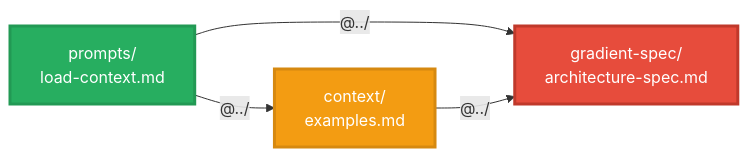
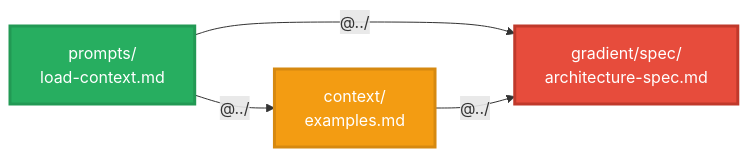
One commit to daviguides/gradient changed the ninth of 13 diagrams in docs/_pages/architecture-guide.md. Above: the diagram before and after it, drawn with Mermaid. The commit also changed other lines of this file and 15 other files, not shown here.

````diff
--- a/docs/_pages/architecture-guide.md
+++ b/docs/_pages/architecture-guide.md
@@ -734,11 +734,11 @@
 ```mermaid
 flowchart LR
-    A[prompts/<br/>load-context.md] -->|"@../"| B[gradient-spec/<br/>architecture-spec.md]
+    A[prompts/<br/>load-context.md] -->|"@../"| B[gradient/spec/<br/>architecture-spec.md]
     A -->|"@../"| C[context/<br/>examples.md]
 
     C -->|"@../"| B
 
     style A fill:#27ae60,stroke:#229954,stroke-width:3px,color:#fff
     style B fill:#e74c3c,stroke:#c0392b,stroke-width:3px,color:#fff
     style C fill:#f39c12,stroke:#d68910,stroke-width:3px,color:#fff
 ```
````
